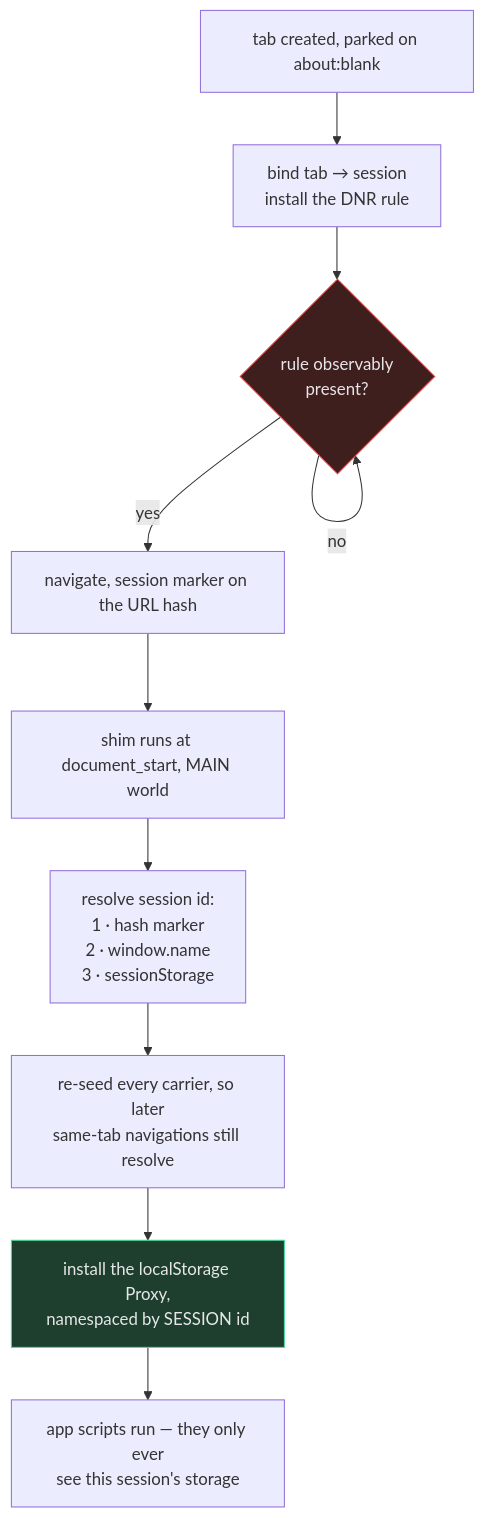
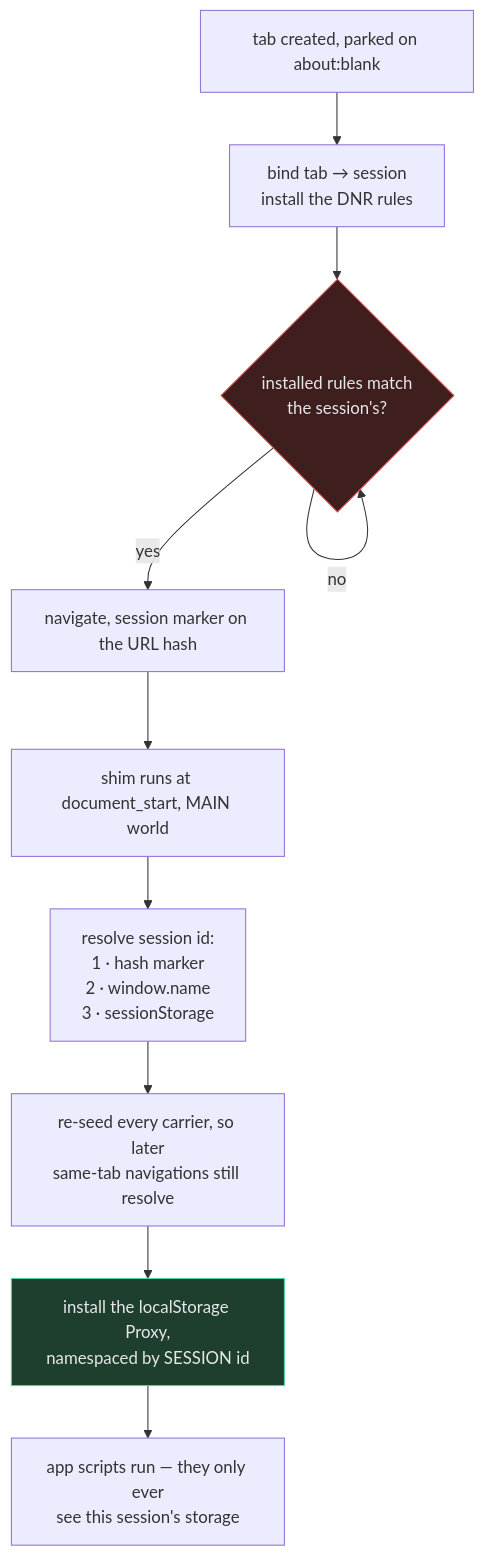
One commit to khanakia/tabsona changed the fourth of 8 diagrams in docs/how-it-works.md. Above: the diagram before and after it, drawn with Mermaid. The commit also changed other lines of this file and 122 other files, not shown here.

````diff
--- a/docs/how-it-works.md
+++ b/docs/how-it-works.md
@@ -158,15 +162,15 @@
 ```mermaid
 flowchart TD
-  START["tab created, parked on about:blank"] --> BIND["bind tab → session<br/>install the DNR rule"]
-  BIND --> WAIT{"rule observably<br/>present?"}
+  START["tab created, parked on about:blank"] --> BIND["bind tab → session<br/>install the DNR rules"]
+  BIND --> WAIT{"installed rules match<br/>the session's?"}
   WAIT -->|no| WAIT
   WAIT -->|yes| NAV["navigate, session marker on the URL hash"]
   NAV --> DS["shim runs at document_start, MAIN world"]
   DS --> READ["resolve session id:<br/>1 · hash marker<br/>2 · window.name<br/>3 · sessionStorage"]
   READ --> SEED["re-seed every carrier, so later<br/>same-tab navigations still resolve"]
   SEED --> PROXY["install the localStorage Proxy,<br/>namespaced by SESSION id"]
   PROXY --> APP["app scripts run — they only ever<br/>see this session's storage"]
 
   style WAIT fill:#3f1e1e,stroke:#d94a4a,color:#e7e7ea
   style PROXY fill:#1e3f2d,stroke:#4ad99a,color:#e7e7ea
 ```
````
